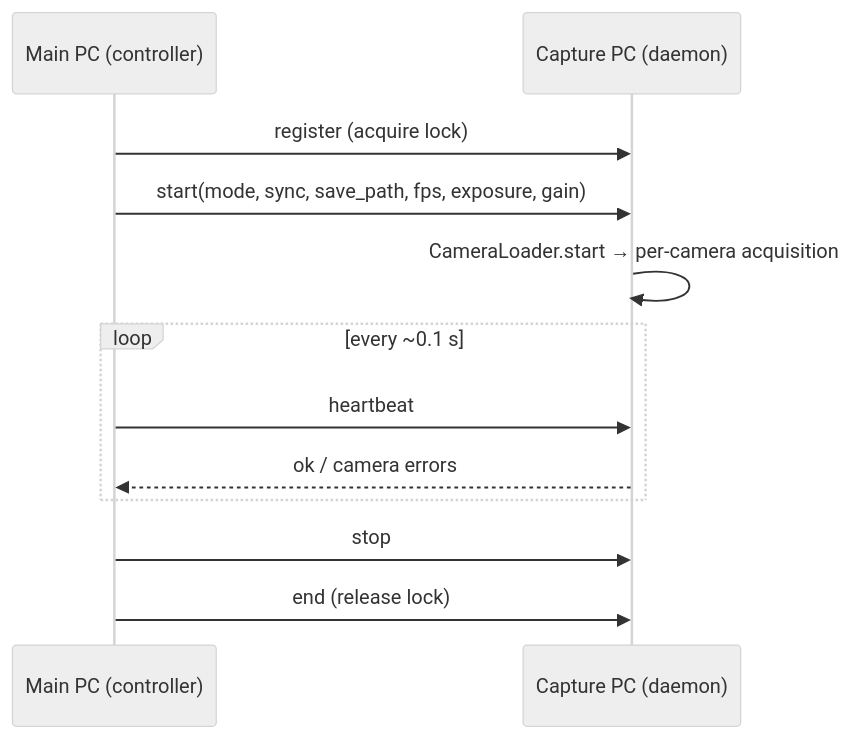
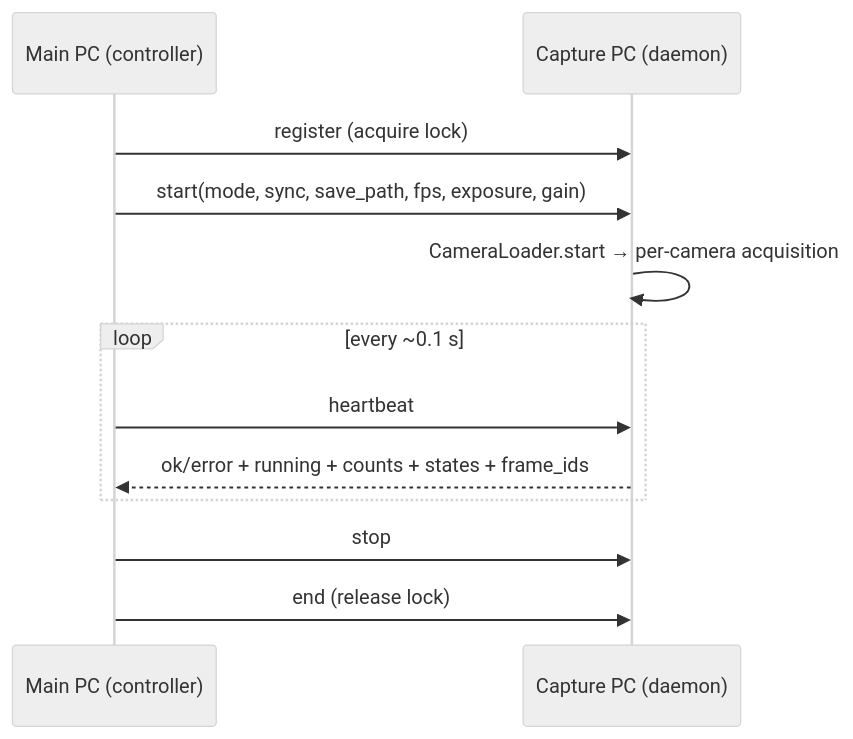
Before and after one commit to willi19/paradex: the second of 8 diagrams in docs/camera_system.md, drawn with Mermaid (neutral theme). The commit also changed other lines of this file and 24 other files, not shown here.

````diff
--- a/docs/camera_system.md
+++ b/docs/camera_system.md
@@ -64,14 +65,14 @@
 ```{mermaid}
 sequenceDiagram
     participant M as Main PC (controller)
     participant D as Capture PC (daemon)
     M->>D: register (acquire lock)
     M->>D: start(mode, sync, save_path, fps, exposure, gain)
     D->>D: CameraLoader.start → per-camera acquisition
     loop every ~0.1 s
       M->>D: heartbeat
-      D-->>M: ok / camera errors
+      D-->>M: ok/error + running + counts + states + frame_ids
     end
     M->>D: stop
     M->>D: end (release lock)
 ```
````
